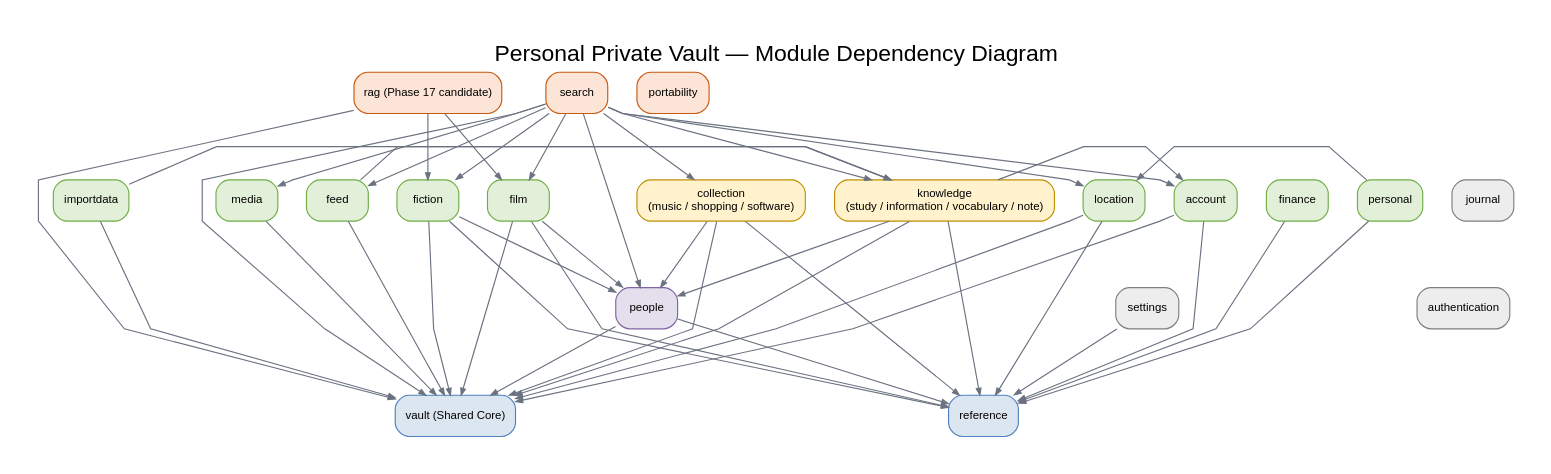
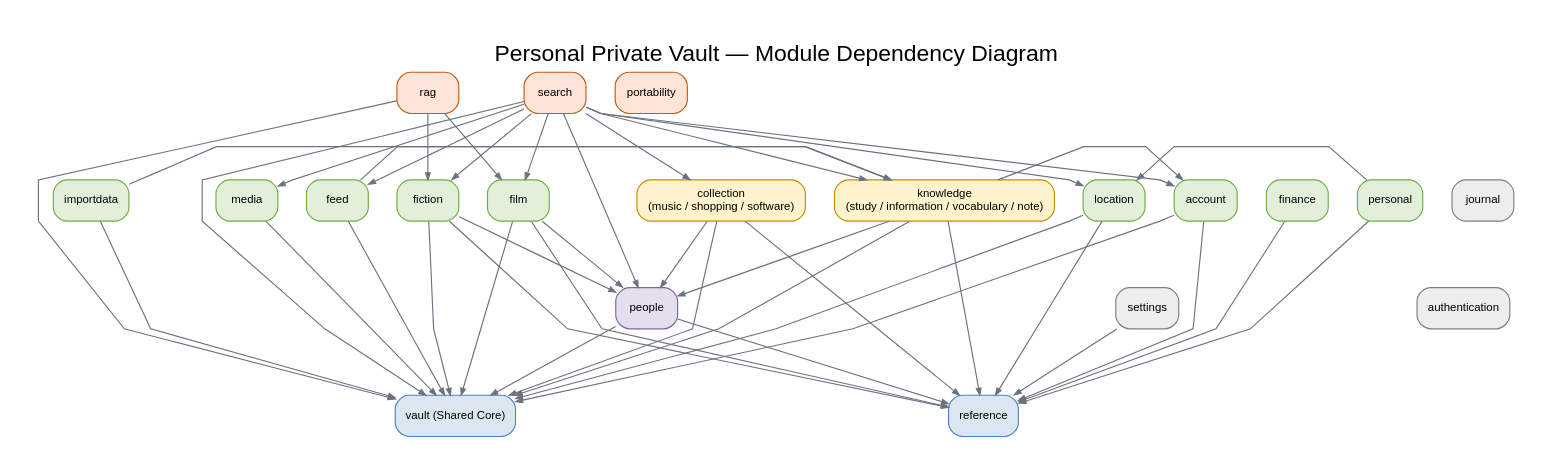
The diagram in docs/architecture/diagrams/source/module-dependencies.dot (vhvkhangg/personal-private-vault), drawn with Graphviz before and after one commit. The commit also changed 40 other files, not shown here.

```diff
--- a/docs/architecture/diagrams/source/module-dependencies.dot
+++ b/docs/architecture/diagrams/source/module-dependencies.dot
@@ -1,71 +1,71 @@
 digraph Modules {
 graph [rankdir=TB, bgcolor="white", pad=0.35, nodesep=0.35, ranksep=0.8, splines=polyline, label="Personal Private Vault — Module Dependency Diagram", labelloc=t, fontsize=20, fontname="Arial"];
 node [shape=box, style="rounded,filled", fontname="Arial", fontsize=10, margin="0.14,0.08"];
 edge [color="#6B7280", arrowsize=0.6, penwidth=1.0];
 search [label="search", fillcolor="#FCE4D6", color="#C65911"];
 portability [label="portability", style="rounded,filled", fillcolor="#FCE4D6", color="#C65911"];
 feed [label="feed", fillcolor="#E2F0D9", color="#70AD47"];
 importdata [label="importdata", fillcolor="#E2F0D9", color="#70AD47"];
 knowledge [label="knowledge\n(study / information / vocabulary / note)", fillcolor="#FFF2CC", color="#BF9000"];
 collection [label="collection\n(music / shopping / software)", fillcolor="#FFF2CC", color="#BF9000"];
 account [label="account", fillcolor="#E2F0D9", color="#70AD47"];
 fiction [label="fiction", fillcolor="#E2F0D9", color="#70AD47"];
 film [label="film", fillcolor="#E2F0D9", color="#70AD47"];
 media [label="media", fillcolor="#E2F0D9", color="#70AD47"];
 location [label="location", fillcolor="#E2F0D9", color="#70AD47"];
 finance [label="finance", fillcolor="#E2F0D9", color="#70AD47"];
 journal [label="journal", fillcolor="#EDEDED", color="#7F7F7F"];
 personal [label="personal", fillcolor="#E2F0D9", color="#70AD47"];
 people [label="people", fillcolor="#E4DFEC", color="#8064A2"];
 settings [label="settings", fillcolor="#EDEDED", color="#7F7F7F"];
 authentication [label="authentication", fillcolor="#EDEDED", color="#7F7F7F"];
 vault [label="vault (Shared Core)", fillcolor="#DCE6F1", color="#4F81BD"];
 reference [label="reference", fillcolor="#DCE6F1", color="#4F81BD"];
-rag [label="rag (Phase 17 candidate)", fillcolor="#FCE4D6", color="#C65911"];
+rag [label="rag", fillcolor="#FCE4D6", color="#C65911"];
 rag -> vault;
 rag -> fiction;
 rag -> film;
 {rank=same; search portability rag}
 {rank=same; feed importdata knowledge collection account}
 {rank=same; fiction film media location finance journal personal}
 {rank=same; people settings authentication}
 {rank=same; vault reference}
 settings -> reference;
 people -> vault;
 people -> reference;
 fiction -> vault;
 fiction -> people;
 fiction -> reference;
 film -> vault;
 film -> people;
 film -> reference;
 media -> vault;
 location -> vault;
 location -> reference;
 knowledge -> vault;
 knowledge -> people;
 knowledge -> reference;
 knowledge -> account;
 collection -> vault;
 collection -> people;
 collection -> reference;
 account -> vault;
 account -> reference;
 feed -> vault;
 feed -> knowledge;
 importdata -> vault;
 importdata -> knowledge;
 finance -> reference;
 personal -> reference;
 personal -> location;
 search -> vault;
 search -> people;
 search -> fiction;
 search -> film;
 search -> media;
 search -> location;
 search -> knowledge;
 search -> collection;
 search -> account;
 search -> feed;
 }
```
